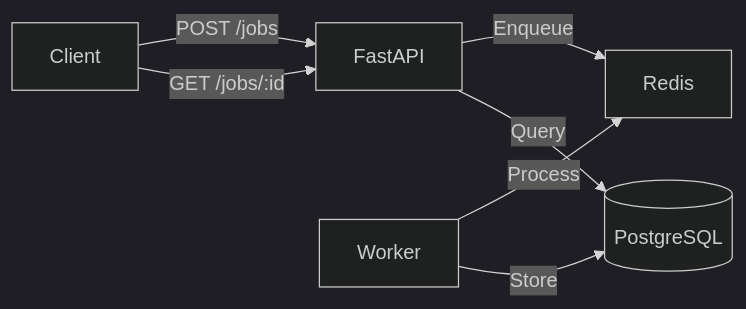
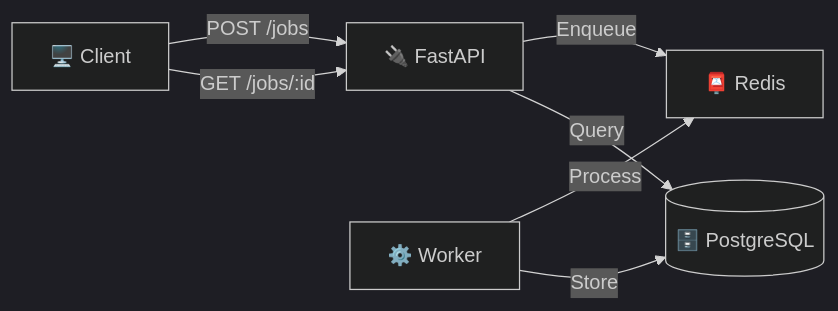
One commit to tazzledazzle/showcase-projects changed the diagram in README.md. Above: the diagram before and after it, drawn with Mermaid (dark theme).

Commit message:
Enhance mermaid diagram in root README for consistency with project README

````diff
--- a/README.md
+++ b/README.md
@@ -110,9 +110,9 @@
 ```mermaid
 graph LR
-    A[Client] -->|POST /jobs| B[FastAPI]
-    B -->|Enqueue| C[Redis]
-    D[Worker] -->|Process| C
-    D -->|Store| E[(PostgreSQL)]
+    A[🖥️ Client] -->|POST /jobs| B[🔌 FastAPI]
+    B -->|Enqueue| C[📮 Redis]
+    D[⚙️ Worker] -->|Process| C
+    D -->|Store| E[("🗄️ PostgreSQL")]
     A -->|GET /jobs/:id| B
     B -->|Query| E
 ```
````
